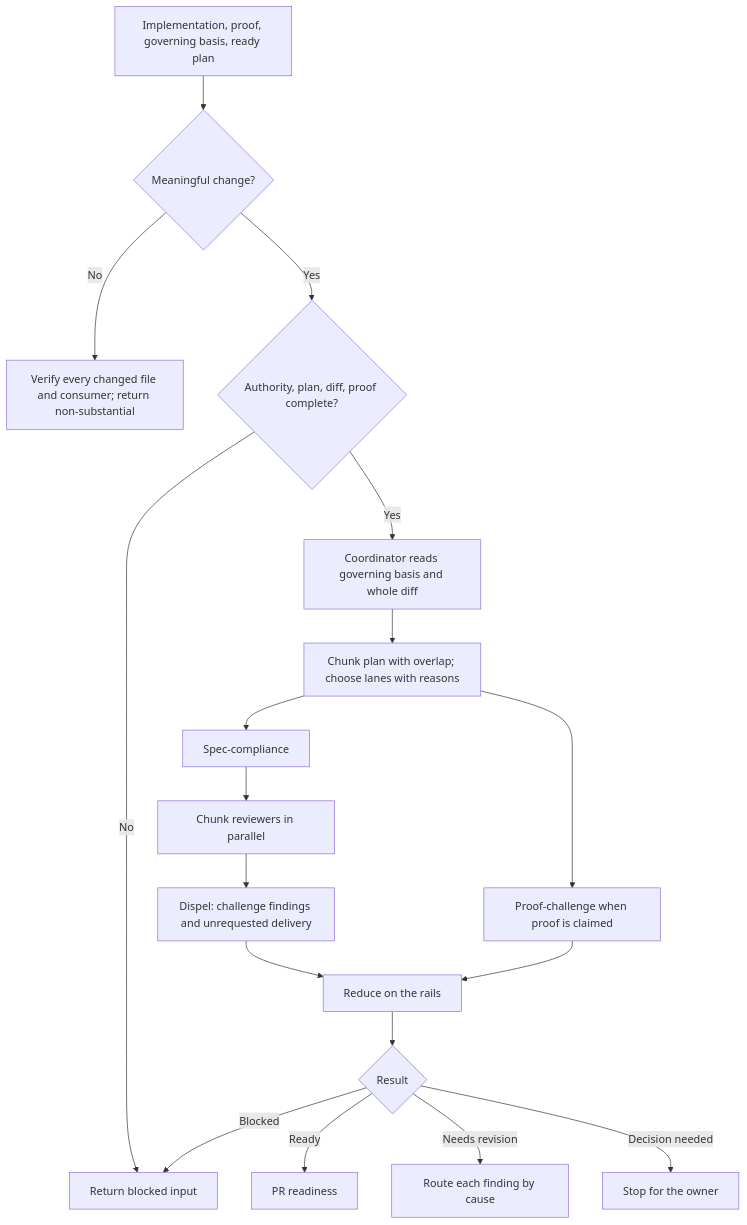
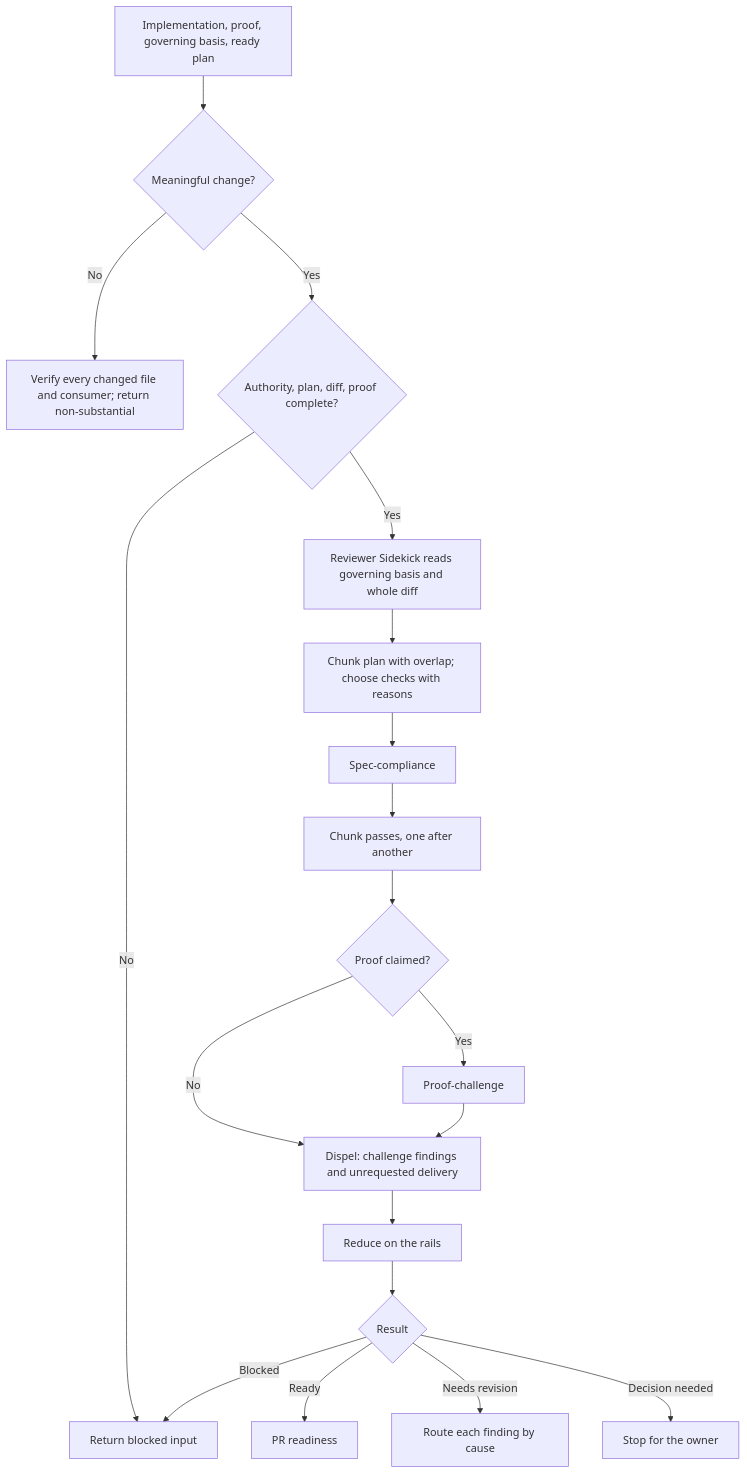
Before and after one commit to ShravanSunder/sunstack: the diagram in plugins/sunstack-dev/skills/implementation-review/README.md, drawn with Mermaid. The commit also changed other lines of this file and 23 other files, not shown here.

````diff
--- a/plugins/sunstack-dev/skills/implementation-review/README.md
+++ b/plugins/sunstack-dev/skills/implementation-review/README.md
@@ -9,20 +9,21 @@
 ```mermaid
 flowchart TD
     A[Implementation, proof, governing basis, ready plan] --> B{Meaningful change?}
     B -- No --> C[Verify every changed file and consumer; return non-substantial]
     B -- Yes --> D{Authority, plan, diff, proof complete?}
     D -- No --> E[Return blocked input]
-    D -- Yes --> F[Coordinator reads governing basis and whole diff]
-    F --> G[Chunk plan with overlap; choose lanes with reasons]
+    D -- Yes --> F[Reviewer Sidekick reads governing basis and whole diff]
+    F --> G[Chunk plan with overlap; choose checks with reasons]
     G --> H[Spec-compliance]
-    H --> I[Chunk reviewers in parallel]
-    G --> J[Proof-challenge when proof is claimed]
-    I --> K[Dispel: challenge findings and unrequested delivery]
+    H --> I[Chunk passes, one after another]
+    I --> J{Proof claimed?}
+    J -- Yes --> Q[Proof-challenge]
+    J -- No --> K[Dispel: challenge findings and unrequested delivery]
+    Q --> K
     K --> L[Reduce on the rails]
-    J --> L
     L --> M{Result}
     M -- Ready --> N[PR readiness]
     M -- Needs revision --> O[Route each finding by cause]
     M -- Decision needed --> P[Stop for the owner]
     M -- Blocked --> E
 ```
````
